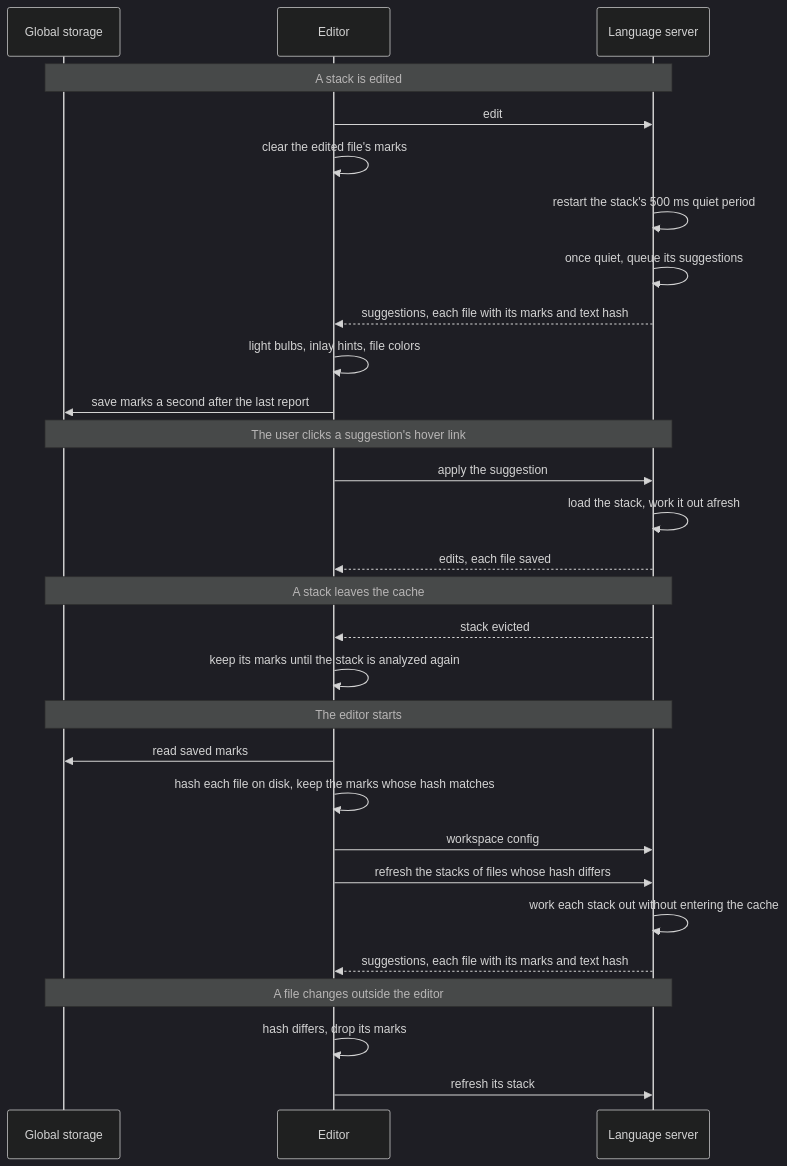
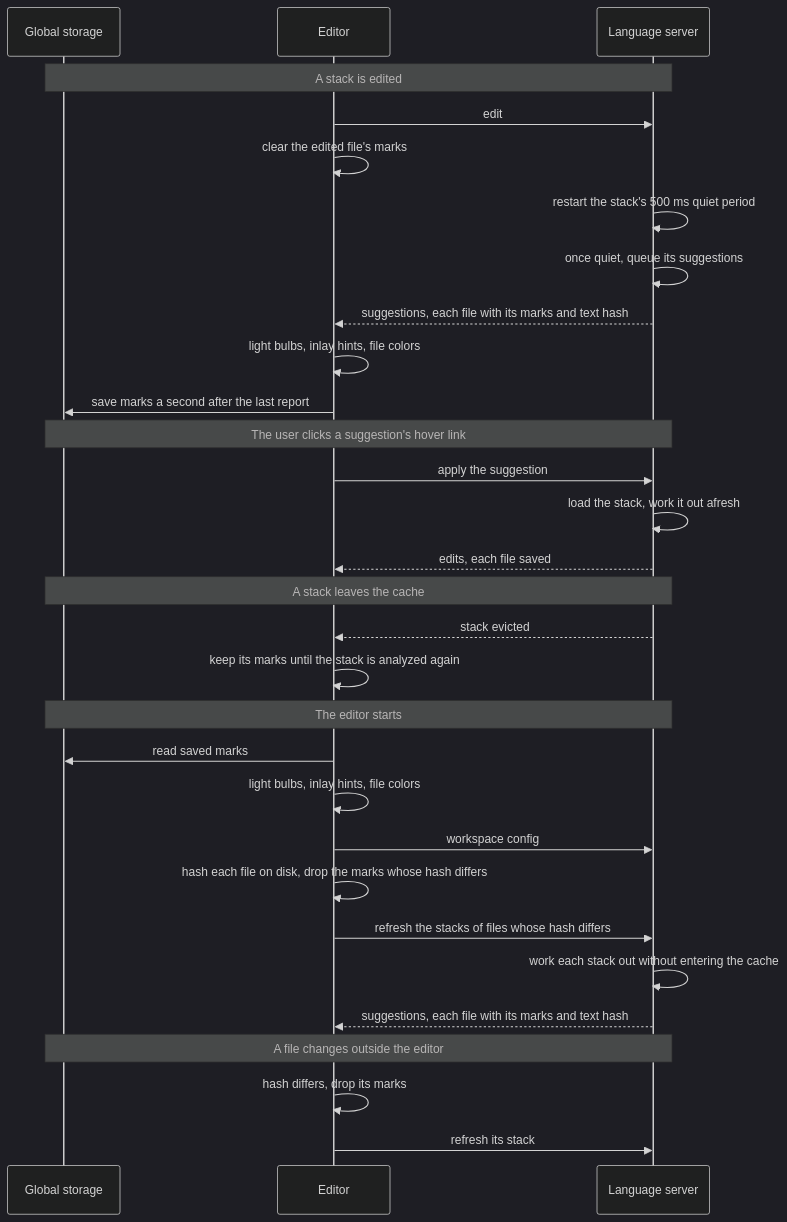
Before and after one commit to litebitus/vscode-yaml-dsl-editor: the third of 3 diagrams in docs/design.md, drawn with Mermaid (dark theme). The commit also changed other lines of this file and 21 other files, not shown here.

````diff
--- a/docs/design.md
+++ b/docs/design.md
@@ -163,31 +163,32 @@
 ```mermaid
 sequenceDiagram
   participant Storage as Global storage
   participant Editor
   participant Server as Language server
   Note over Storage,Server: A stack is edited
   Editor->>Server: edit
   Editor->>Editor: clear the edited file's marks
   Server->>Server: restart the stack's 500 ms quiet period
   Server->>Server: once quiet, queue its suggestions
   Server-->>Editor: suggestions, each file with its marks and text hash
   Editor->>Editor: light bulbs, inlay hints, file colors
   Editor->>Storage: save marks a second after the last report
   Note over Storage,Server: The user clicks a suggestion's hover link
   Editor->>Server: apply the suggestion
   Server->>Server: load the stack, work it out afresh
   Server-->>Editor: edits, each file saved
   Note over Storage,Server: A stack leaves the cache
   Server-->>Editor: stack evicted
   Editor->>Editor: keep its marks until the stack is analyzed again
   Note over Storage,Server: The editor starts
   Editor->>Storage: read saved marks
-  Editor->>Editor: hash each file on disk, keep the marks whose hash matches
+  Editor->>Editor: light bulbs, inlay hints, file colors
   Editor->>Server: workspace config
+  Editor->>Editor: hash each file on disk, drop the marks whose hash differs
   Editor->>Server: refresh the stacks of files whose hash differs
   Server->>Server: work each stack out without entering the cache
   Server-->>Editor: suggestions, each file with its marks and text hash
   Note over Storage,Server: A file changes outside the editor
   Editor->>Editor: hash differs, drop its marks
   Editor->>Server: refresh its stack
 ```
````
